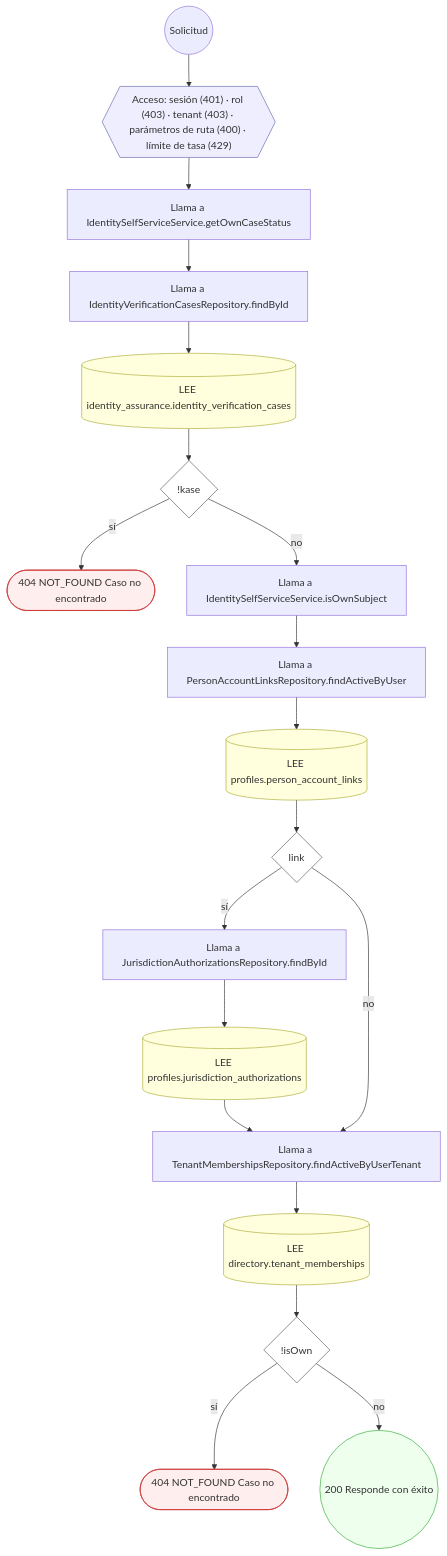
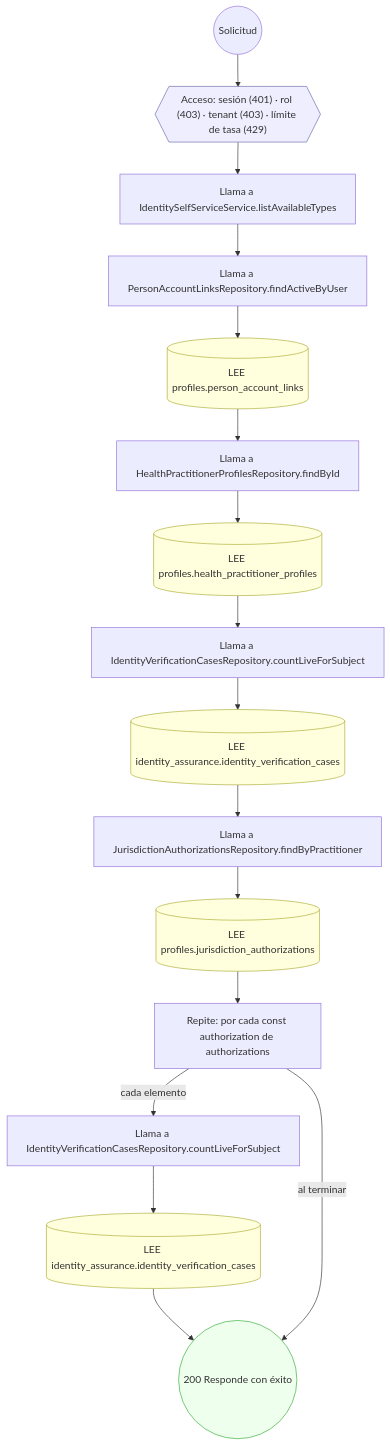
Diagram 14 of 27 in docs/inventario/flujos/identity_assurance.md (mdavila-2001/mantra-core-health-api), drawn with Mermaid before and after one commit. The commit also changed other lines of this file and 451 other files, not shown here.

````diff
--- a/docs/inventario/flujos/identity_assurance.md
+++ b/docs/inventario/flujos/identity_assurance.md
@@ -961,45 +1394,39 @@
 ```mermaid
 flowchart TD
   n1(("Solicitud")):::inicio
-  n2{{"Acceso: sesión (401) · rol (403) · tenant (403) · parámetros de ruta (400) · límite de tasa (429)"}}:::acceso
+  n2{{"Acceso: sesión (401) · rol (403) · tenant (403) · límite de tasa (429)"}}:::acceso
   n1 --> n2
-  n3["Llama a IdentitySelfServiceService.getOwnCaseStatus"]:::llamada
+  n3["Llama a IdentitySelfServiceService.listAvailableTypes"]:::llamada
   n2 --> n3
-  n4["Llama a IdentityVerificationCasesRepository.findById"]:::llamada
+  n4["Llama a PersonAccountLinksRepository.findActiveByUser"]:::llamada
   n3 --> n4
-  n5[("LEE identity_assurance.identity_verification_cases")]:::efecto
+  n5[("LEE profiles.person_account_links")]:::efecto
   n4 --> n5
-  n6{"!kase"}:::decision
+  n6["Llama a HealthPractitionerProfilesRepository.findById"]:::llamada
   n5 --> n6
-  n7(["404 NOT_FOUND Caso no encontrado"]):::error
-  n6 -->|"sí"| n7
-  n8["Llama a IdentitySelfServiceService.isOwnSubject"]:::llamada
-  n6 -->|"no"| n8
-  n9["Llama a PersonAccountLinksRepository.findActiveByUser"]:::llamada
+  n7[("LEE profiles.health_practitioner_profiles")]:::efecto
+  n6 --> n7
+  n8["Llama a IdentityVerificationCasesRepository.countLiveForSubject"]:::llamada
+  n7 --> n8
+  n9[("LEE identity_assurance.identity_verification_cases")]:::efecto
   n8 --> n9
-  n10[("LEE profiles.person_account_links")]:::efecto
+  n10["Llama a JurisdictionAuthorizationsRepository.findByPractitioner"]:::llamada
   n9 --> n10
-  n11{"link"}:::decision
+  n11[("LEE profiles.jurisdiction_authorizations")]:::efecto
   n10 --> n11
-  n12["Llama a JurisdictionAuthorizationsRepository.findById"]:::llamada
-  n11 -->|"sí"| n12
-  n13[("LEE profiles.jurisdiction_authorizations")]:::efecto
-  n12 --> n13
-  n14["Llama a TenantMembershipsRepository.findActiveByUserTenant"]:::llamada
+  n12["Repite: por cada const authorization de authorizations"]:::bucle
+  n11 --> n12
+  n13["Llama a IdentityVerificationCasesRepository.countLiveForSubject"]:::llamada
+  n12 -->|"cada elemento"| n13
+  n14[("LEE identity_assurance.identity_verification_cases")]:::efecto
   n13 --> n14
-  n11 -->|"no"| n14
-  n15[("LEE directory.tenant_memberships")]:::efecto
+  n15(("200 Responde con éxito")):::ok
   n14 --> n15
-  n16{"!isOwn"}:::decision
-  n15 --> n16
-  n17(["404 NOT_FOUND Caso no encontrado"]):::error
-  n16 -->|"sí"| n17
-  n18(("200 Responde con éxito")):::ok
-  n16 -->|"no"| n18
+  n12 -->|"al terminar"| n15
   classDef acceso fill:#eef,stroke:#66a
   classDef error fill:#fee,stroke:#c33
   classDef ok fill:#efe,stroke:#3a3
   classDef efecto fill:#ffd,stroke:#aa3
   classDef decision fill:#fff,stroke:#555
   classDef corte fill:#eee,stroke:#999,stroke-dasharray: 4
 ```
````
